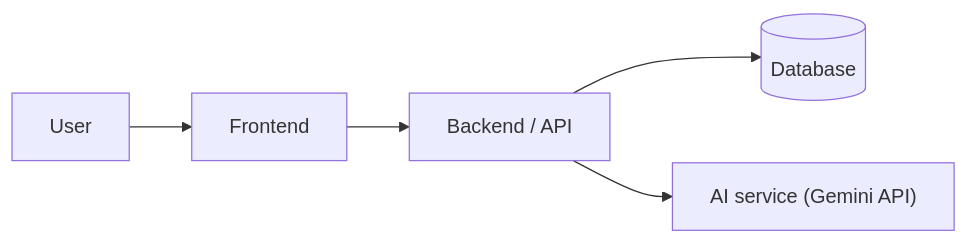
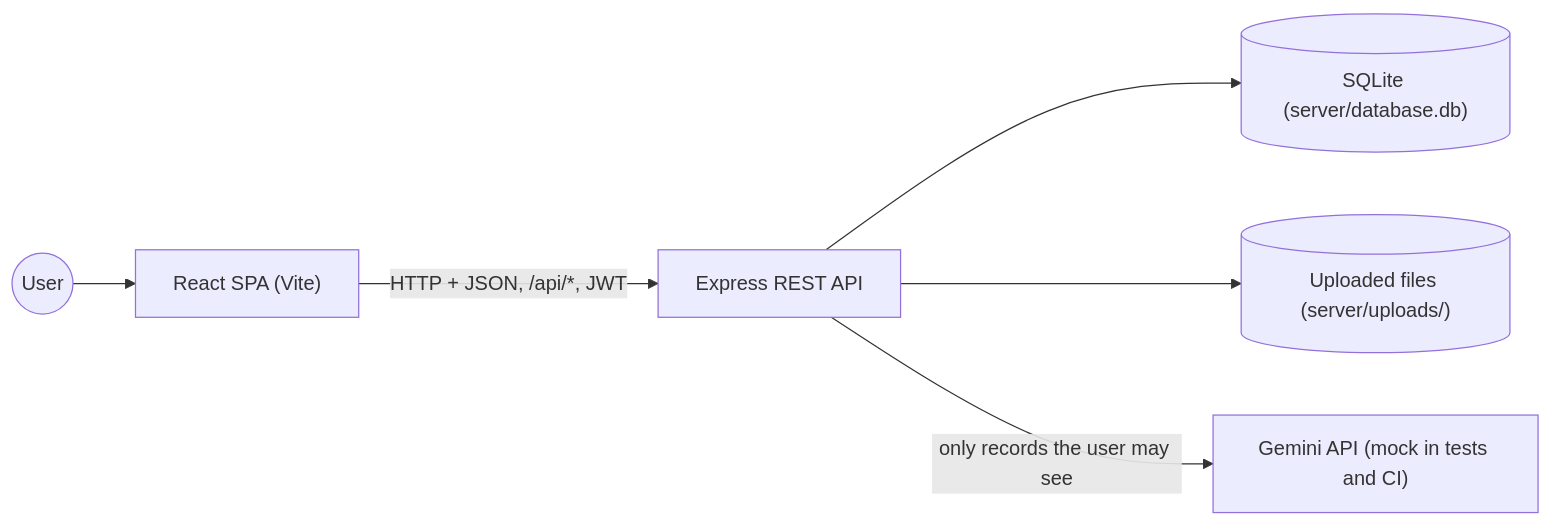
The first of 5 diagrams in docs/SDD.md (YYalcinoz/SENG383-Project), drawn with Mermaid before and after one commit. The commit also changed other lines of this file, not shown here.

Commit message:
HLX-59 Add architecture, Flows 1-2 and user interface sections

````diff
--- a/docs/SDD.md
+++ b/docs/SDD.md
@@ -17,7 +13,8 @@
 ```mermaid
 flowchart LR
-    User --> Frontend
-    Frontend --> Backend["Backend / API"]
-    Backend --> DB[(Database)]
-    Backend --> AI["AI service (Gemini API)"]
+    User((User)) --> Frontend["React SPA (Vite)"]
+    Frontend -- "HTTP + JSON, /api/*, JWT" --> Backend["Express REST API"]
+    Backend --> DB[("SQLite (server/database.db)")]
+    Backend --> Files[("Uploaded files (server/uploads/)")]
+    Backend -- "only records the user may see" --> AI["Gemini API (mock in tests and CI)"]
 ```
````
